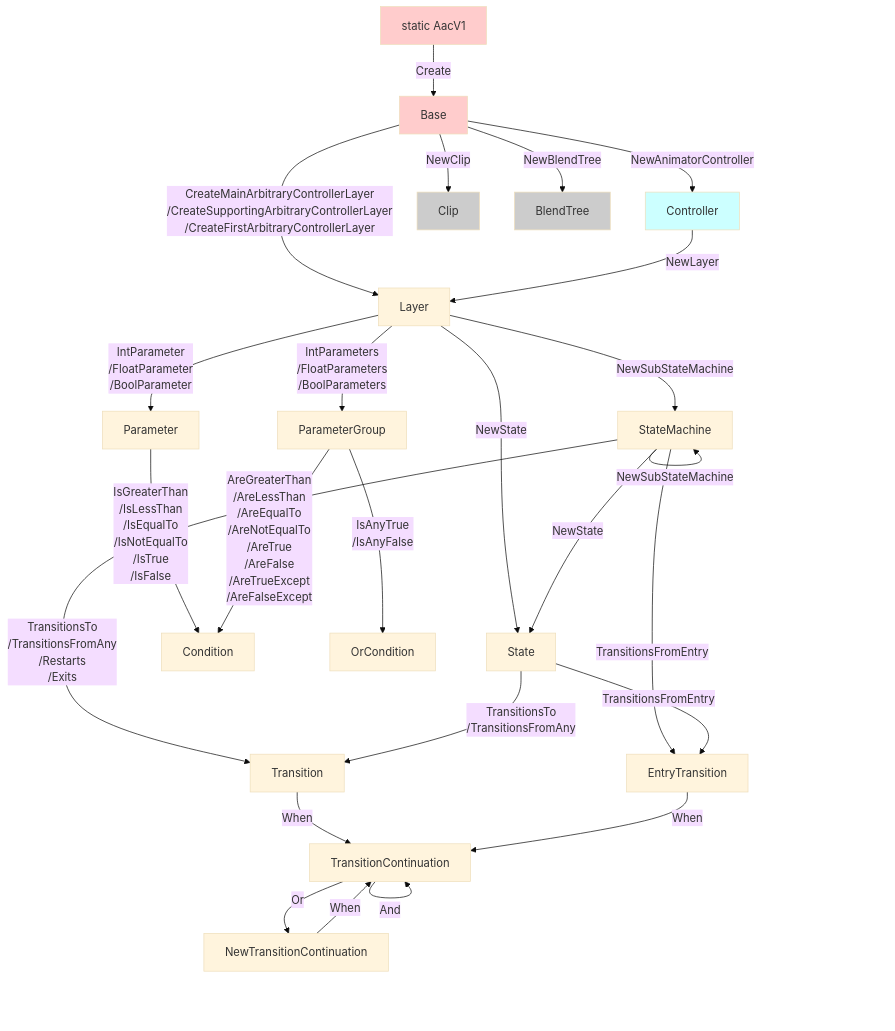
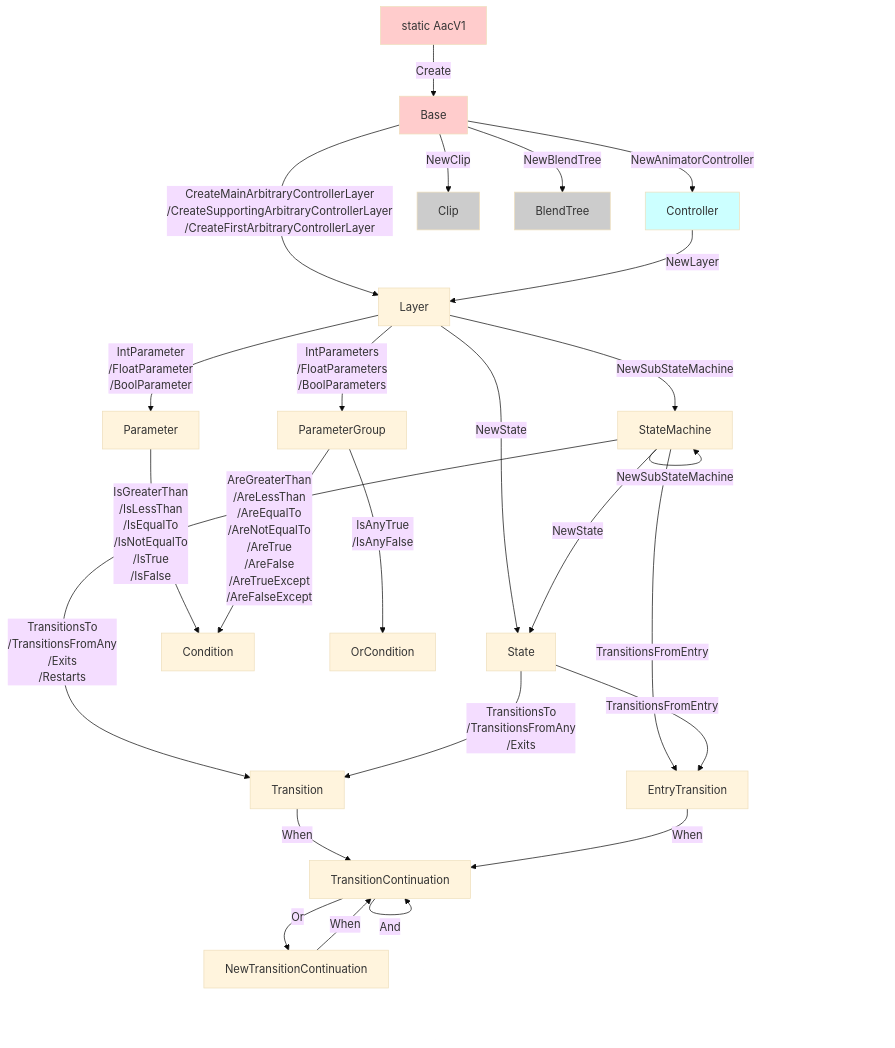
Before and after one commit to hai-vr/documentation: the first of 2 diagrams in docs/products/animator-as-code/functions/base.md, drawn with Mermaid (base theme). The commit also changed other lines of this file and 3 other files, not shown here.

````diff
--- a/docs/products/animator-as-code/functions/base.md
+++ b/docs/products/animator-as-code/functions/base.md
@@ -18,34 +18,34 @@
 ```mermaid
 graph TD;
     AacV1[static AacV1]:::roots-->|Create|Base:::roots;
     Base-->|CreateMainArbitraryControllerLayer<br>/CreateSupportingArbitraryControllerLayer<br>/CreateFirstArbitraryControllerLayer|Layer;
 
     Base-->|NewAnimatorController|Controller:::focus;
     Controller-->|NewLayer|Layer;
     Layer-->|NewState|State;
     Layer-->|NewSubStateMachine|StateMachine;
     StateMachine-->|NewSubStateMachine|StateMachine;
     StateMachine-->|NewState|State;
-    StateMachine-->|TransitionsTo<br>/TransitionsFromAny<br>/Restarts<br>/Exits|Transition;
+    StateMachine-->|TransitionsTo<br>/TransitionsFromAny<br>/Exits<br>/Restarts|Transition;
     StateMachine-->|TransitionsFromEntry|EntryTransition;
-    State-->|TransitionsTo<br>/TransitionsFromAny|Transition;
+    State-->|TransitionsTo<br>/TransitionsFromAny<br>/Exits|Transition;
     State-->|TransitionsFromEntry|EntryTransition;
     Transition-->|When|TransitionContinuation;
     EntryTransition-->|When|TransitionContinuation;
     TransitionContinuation-->|And|TransitionContinuation;
     TransitionContinuation-->|Or|NewTransitionContinuation;
     NewTransitionContinuation-->|When|TransitionContinuation;
     
     Layer-->|IntParameter<br>/FloatParameter<br>/BoolParameter|Parameter;
     Parameter-->|IsGreaterThan<br>/IsLessThan<br>/IsEqualTo<br>/IsNotEqualTo<br>/IsTrue<br>/IsFalse|Condition;
     Layer-->|IntParameters<br>/FloatParameters<br>/BoolParameters|ParameterGroup;
     ParameterGroup-->|AreGreaterThan<br>/AreLessThan<br>/AreEqualTo<br>/AreNotEqualTo<br>/AreTrue<br>/AreFalse<br>/AreTrueExcept<br>/AreFalseExcept|Condition;
     ParameterGroup-->|IsAnyTrue<br>/IsAnyFalse<br>|OrCondition;
     
     Base-->|NewClip|Clip:::disabled;
     Base-->|NewBlendTree|BlendTree:::disabled;
     
     classDef disabled fill:#CCC
     classDef roots fill:#FCC
     classDef focus fill:#CFF
 ```
````
